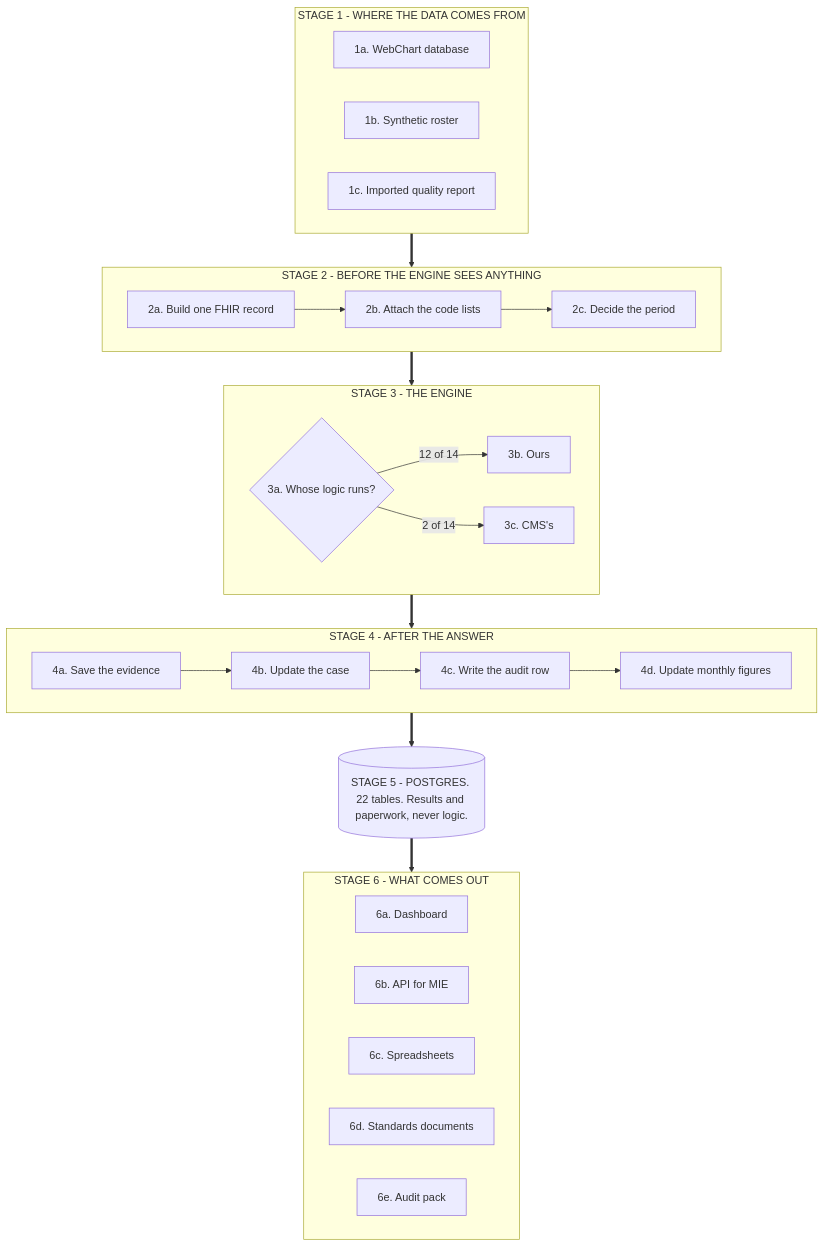
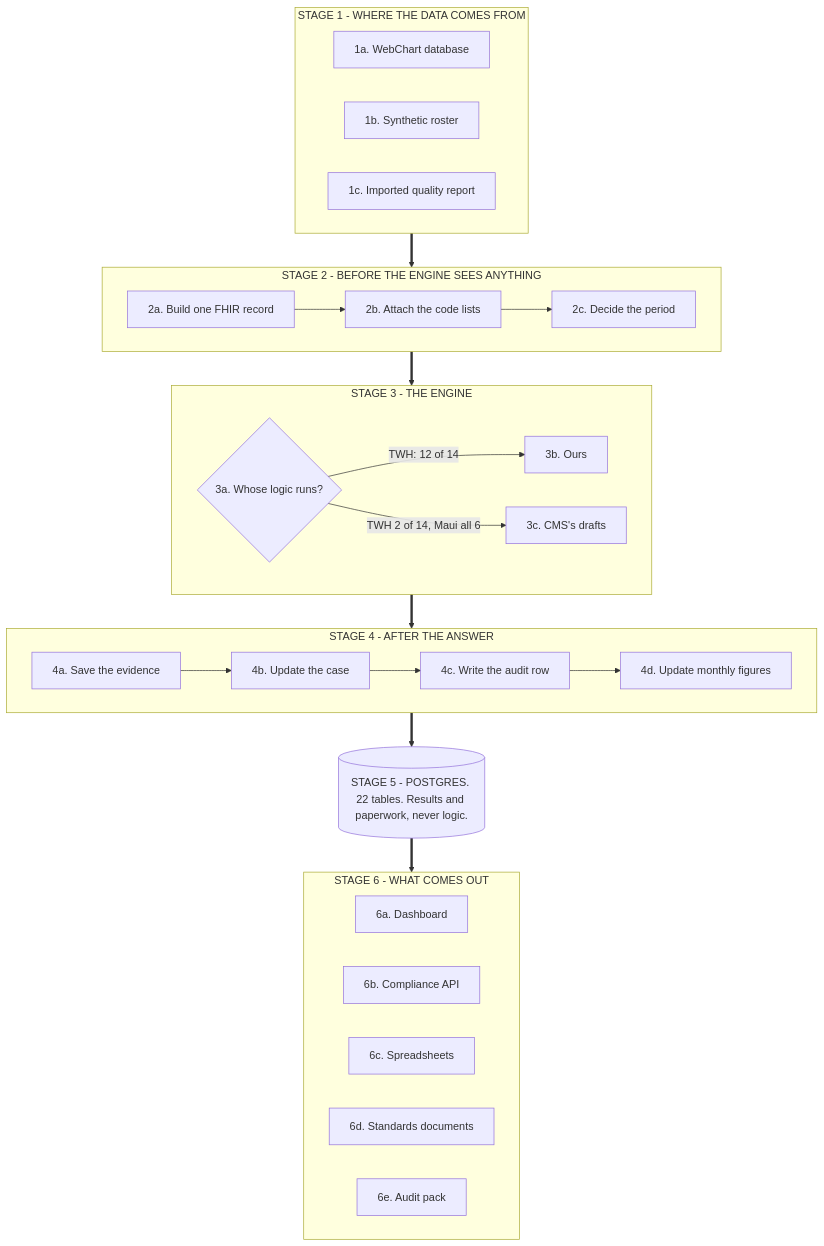
One commit to Taleef7/workwell changed the diagram in docs/guide/01-big-picture.md. Above: the diagram before and after it, drawn with Mermaid. The commit also changed other lines of this file and 24 other files, not shown here.

First line of the commit message:
docs: WorkWell assists WebChart, and Maui and TWH are two instances of one product (#761)

````diff
--- a/docs/guide/01-big-picture.md
+++ b/docs/guide/01-big-picture.md
@@ -13,33 +22,33 @@
 ```mermaid
 flowchart TB
   subgraph IN["STAGE 1 - WHERE THE DATA COMES FROM"]
     direction LR
     W["1a. WebChart database"]
     R["1b. Synthetic roster"]
     Q["1c. Imported quality report"]
   end
   subgraph PREP["STAGE 2 - BEFORE THE ENGINE SEES ANYTHING"]
     direction LR
     B1["2a. Build one FHIR record"] --> B2["2b. Attach the code lists"] --> B3["2c. Decide the period"]
   end
   subgraph ENG["STAGE 3 - THE ENGINE"]
     direction LR
-    RT{"3a. Whose logic runs?"} -->|"12 of 14"| E1["3b. Ours"]
-    RT -->|"2 of 14"| E2["3c. CMS's"]
+    RT{"3a. Whose logic runs?"} -->|"TWH: 12 of 14"| E1["3b. Ours"]
+    RT -->|"TWH 2 of 14, Maui all 6"| E2["3c. CMS's drafts"]
   end
   subgraph AFT["STAGE 4 - AFTER THE ANSWER"]
     direction LR
     A1["4a. Save the evidence"] --> A2["4b. Update the case"] --> A3["4c. Write the audit row"] --> A4["4d. Update monthly figures"]
   end
   subgraph OUT["STAGE 6 - WHAT COMES OUT"]
     direction LR
     O1["6a. Dashboard"]
-    O2["6b. API for MIE"]
+    O2["6b. Compliance API"]
     O3["6c. Spreadsheets"]
     O4["6d. Standards documents"]
     O5["6e. Audit pack"]
   end
   IN ==> PREP ==> ENG ==> AFT
   AFT ==> PG[("STAGE 5 - POSTGRES. 22 tables. Results and paperwork, never logic.")]
   PG ==> OUT
 ```
````
